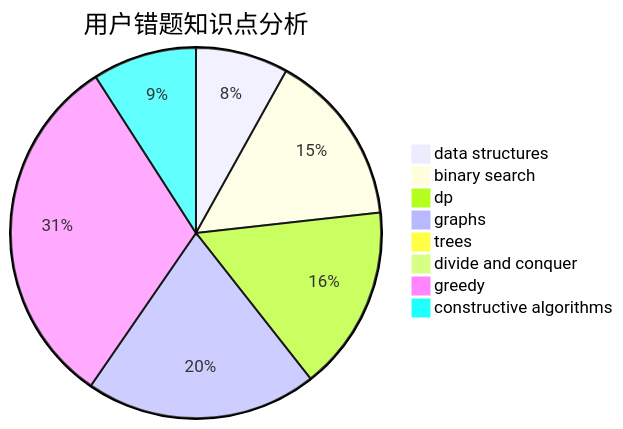
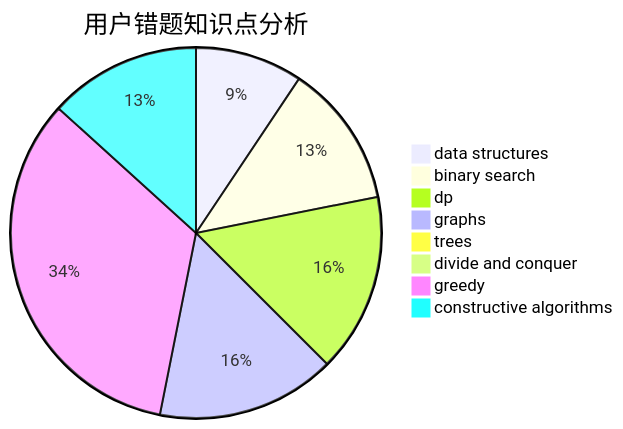
One commit to sherpahu/cfrs.github.io changed the third of 3 diagrams in docs/user/u83.md. Above: the diagram before and after it, drawn with Mermaid. The commit also changed other lines of this file and 2770 other files, not shown here.

````diff
--- a/docs/user/u83.md
+++ b/docs/user/u83.md
@@ -36,11 +36,11 @@
 ```mermaid
 pie title 用户错题知识点分析
-    "data structures" :  8
-    "binary search" :  15
-    "dp" :  16
+    "data structures" :  12
+    "binary search" :  16
+    "dp" :  20
     "graphs" :  20
     "trees" :  0
     "divide and conquer" :  0
-    "greedy" :  31
-    "constructive algorithms" :  9
+    "greedy" :  43
+    "constructive algorithms" :  17
 ```
````
